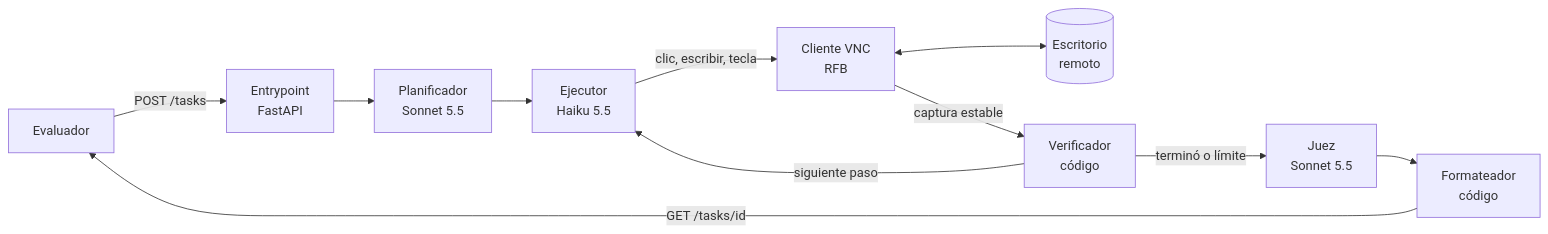
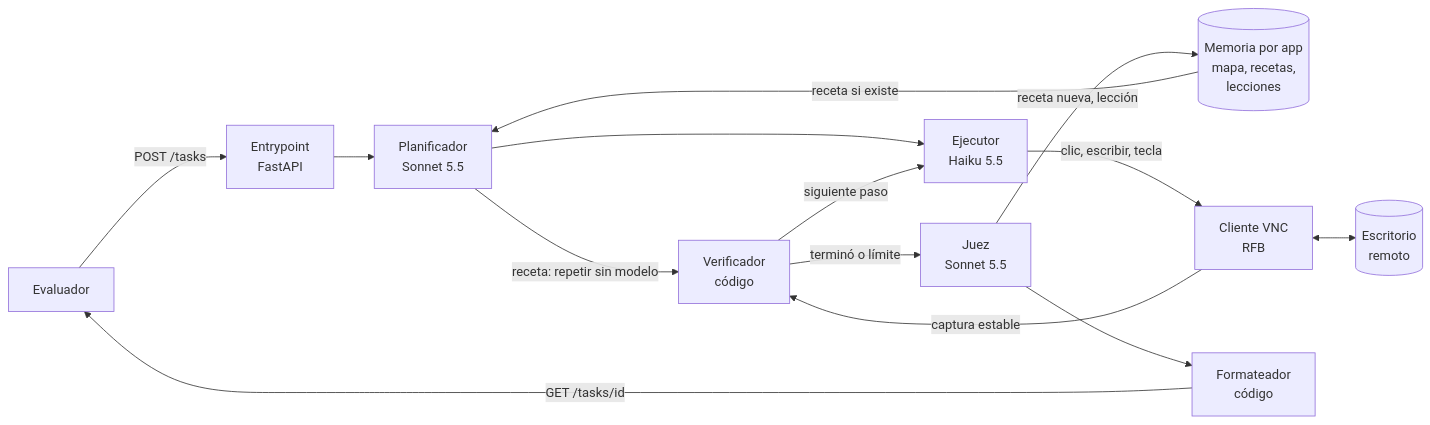
The diagram in docs/DISENO.md (Jdtorres59/agente-sin-api), drawn with Mermaid before and after one commit. The commit also changed other lines of this file and 3 other files, not shown here.

Commit message:
Diseño: ciclo de aprendizaje compuesto con memoria por app, recetas verificadas y lecciones

````diff
--- a/docs/DISENO.md
+++ b/docs/DISENO.md
@@ -43,13 +41,16 @@
 ```mermaid
 flowchart LR
   G[Evaluador] -->|POST /tasks| A[Entrypoint<br/>FastAPI]
   A --> P[Planificador<br/>Sonnet 5.5]
+  M[(Memoria por app<br/>mapa, recetas,<br/>lecciones)] -->|receta si existe| P
+  P -->|receta: repetir sin modelo| C
   P --> E[Ejecutor<br/>Haiku 5.5]
   E -->|clic, escribir, tecla| V[Cliente VNC<br/>RFB]
   V <--> D[(Escritorio<br/>remoto)]
   V -->|captura estable| C[Verificador<br/>código]
   C -->|siguiente paso| E
   C -->|terminó o límite| J[Juez<br/>Sonnet 5.5]
+  J -->|receta nueva, lección| M
   J --> F[Formateador<br/>código]
   F -->|GET /tasks/id| G
 ```
````
